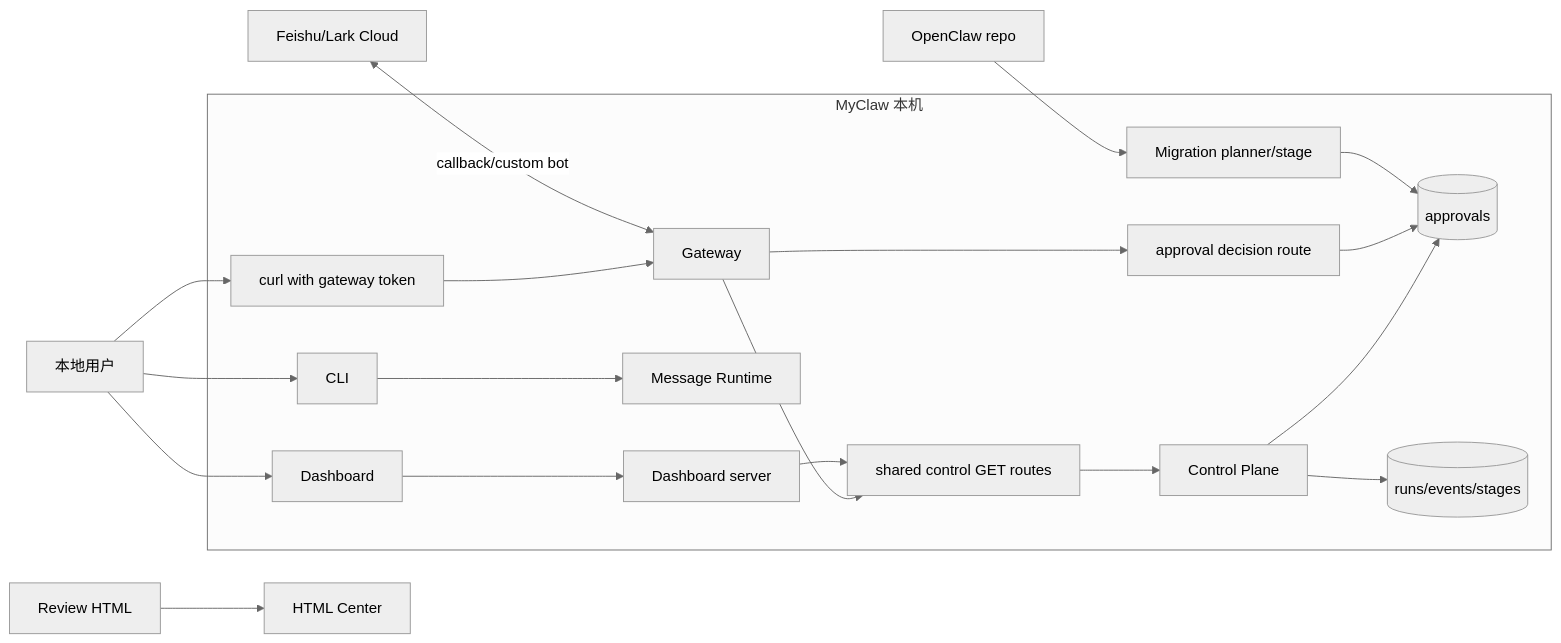
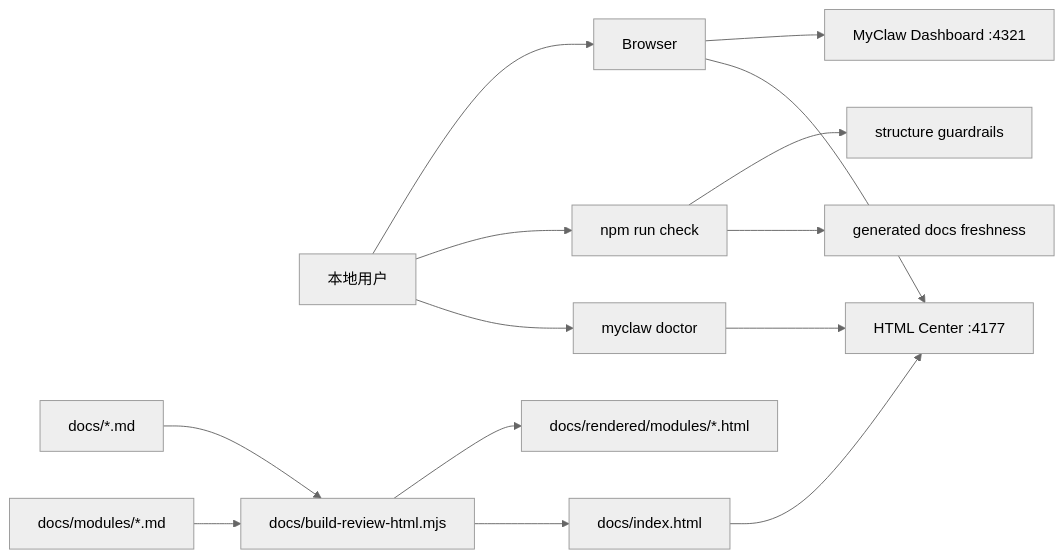
One commit to mayf3/myclaw changed the second of 9 diagrams in docs/implementation-architecture.md. Above: the diagram before and after it, drawn with Mermaid (neutral theme). The commit also changed other lines of this file and 37 other files, not shown here.

Commit message:
feat: enforce structure guardrails

````diff
--- a/docs/implementation-architecture.md
+++ b/docs/implementation-architecture.md
@@ -60,23 +44,16 @@
 ```mermaid
 flowchart LR
-  User[本地用户] --> CLI[CLI]
-  User --> Browser[Dashboard]
-  User --> Curl[curl with gateway token]
-  OpenClaw[OpenClaw repo] --> Migration[Migration planner/stage]
-  Feishu[Feishu/Lark Cloud] <-->|callback/custom bot| Gateway[Gateway]
-  Reports[Review HTML] --> HtmlCenter[HTML Center]
-
-  subgraph Local[MyClaw 本机]
-    CLI --> Runtime[Message Runtime]
-    Browser --> Dashboard[Dashboard server]
-    Curl --> Gateway
-    Gateway --> ApprovalDecision[approval decision route]
-    Migration --> ApprovalStore[(approvals)]
-    ApprovalDecision --> ApprovalStore
-    Dashboard --> ControlRoutes[shared control GET routes]
-    Gateway --> ControlRoutes
-    ControlRoutes --> ControlPlane[Control Plane]
-    ControlPlane --> ApprovalStore
-    ControlPlane --> State[(runs/events/stages)]
-  end
+  User[本地用户] --> Browser[Browser]
+  Browser --> Dashboard[MyClaw Dashboard :4321]
+  Browser --> HtmlCenter[HTML Center :4177]
+  User --> Check[npm run check]
+  Check --> Structure[structure guardrails]
+  Check --> Generated[generated docs freshness]
+  User --> Doctor[myclaw doctor]
+  Doctor --> HtmlCenter
+  Docs[docs/*.md] --> Builder[docs/build-review-html.mjs]
+  Modules[docs/modules/*.md] --> Builder
+  Builder --> Rendered[docs/rendered/modules/*.html]
+  Builder --> Index[docs/index.html]
+  Index --> HtmlCenter
 ```
````
